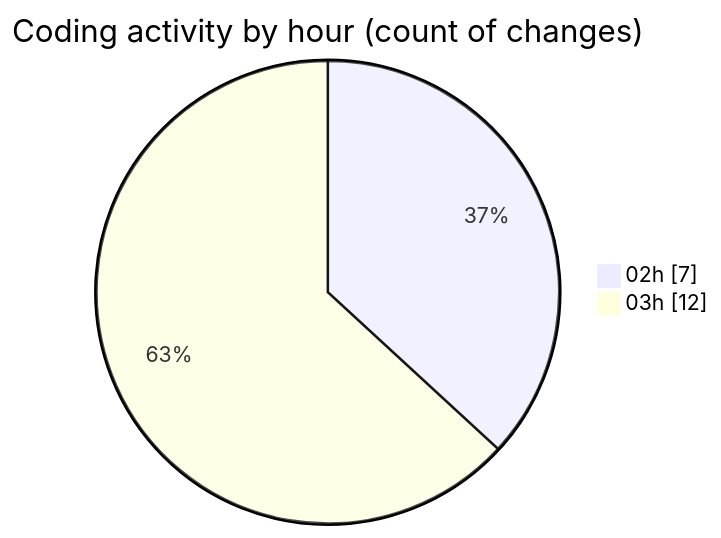
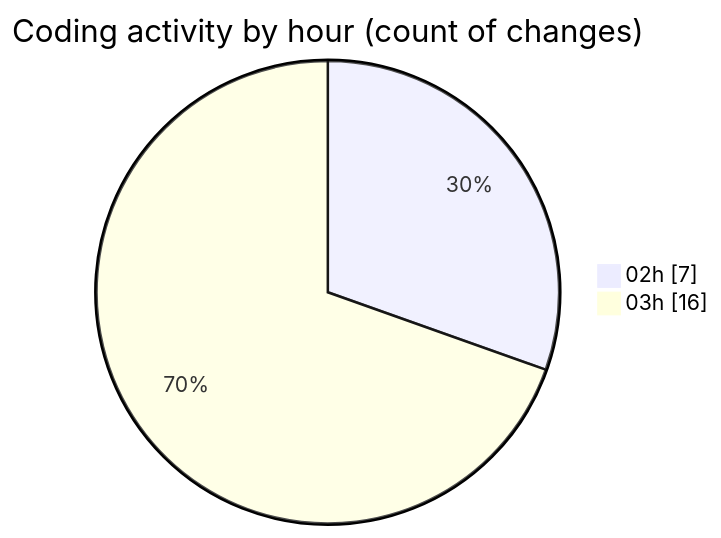
One commit to JenPaints/code-tracking changed the second of 2 diagrams in 2025-05-29/kimberly-groups/README.md. Above: the diagram before and after it, drawn with Mermaid. The commit also changed other lines of this file and 1 other file, not shown here.

````diff
--- a/2025-05-29/kimberly-groups/README.md
+++ b/2025-05-29/kimberly-groups/README.md
@@ -30,6 +30,6 @@
 ```mermaid
 pie showData
 title Coding activity by hour (count of changes)
 "02h" : 7
-"03h" : 12
+"03h" : 16
 ```
````
